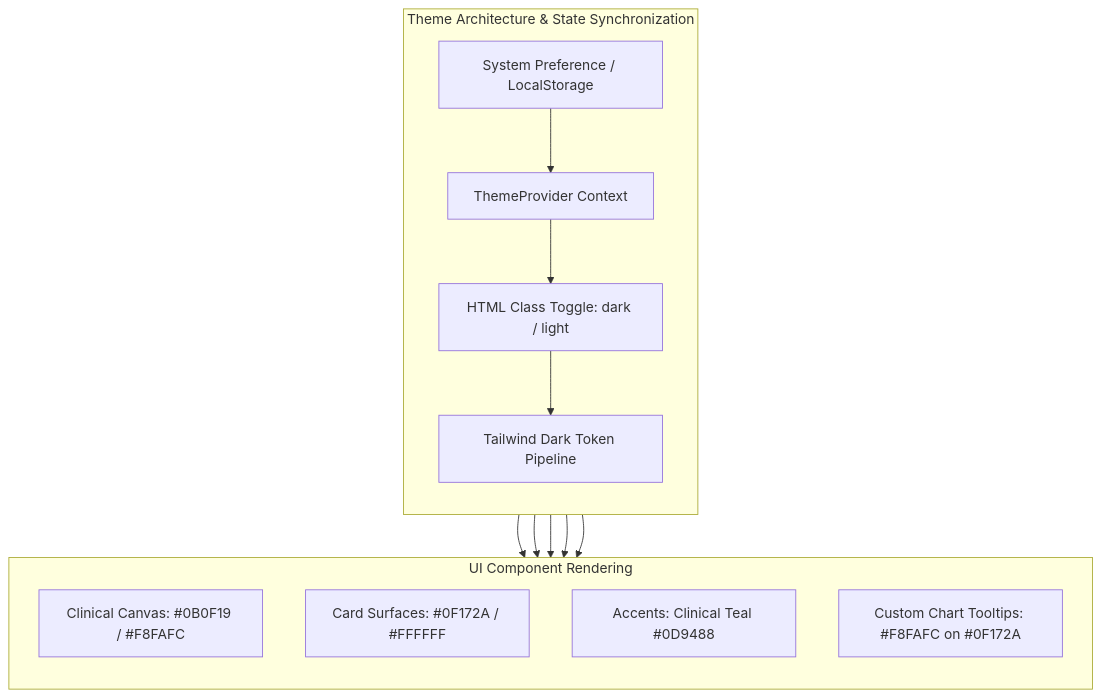
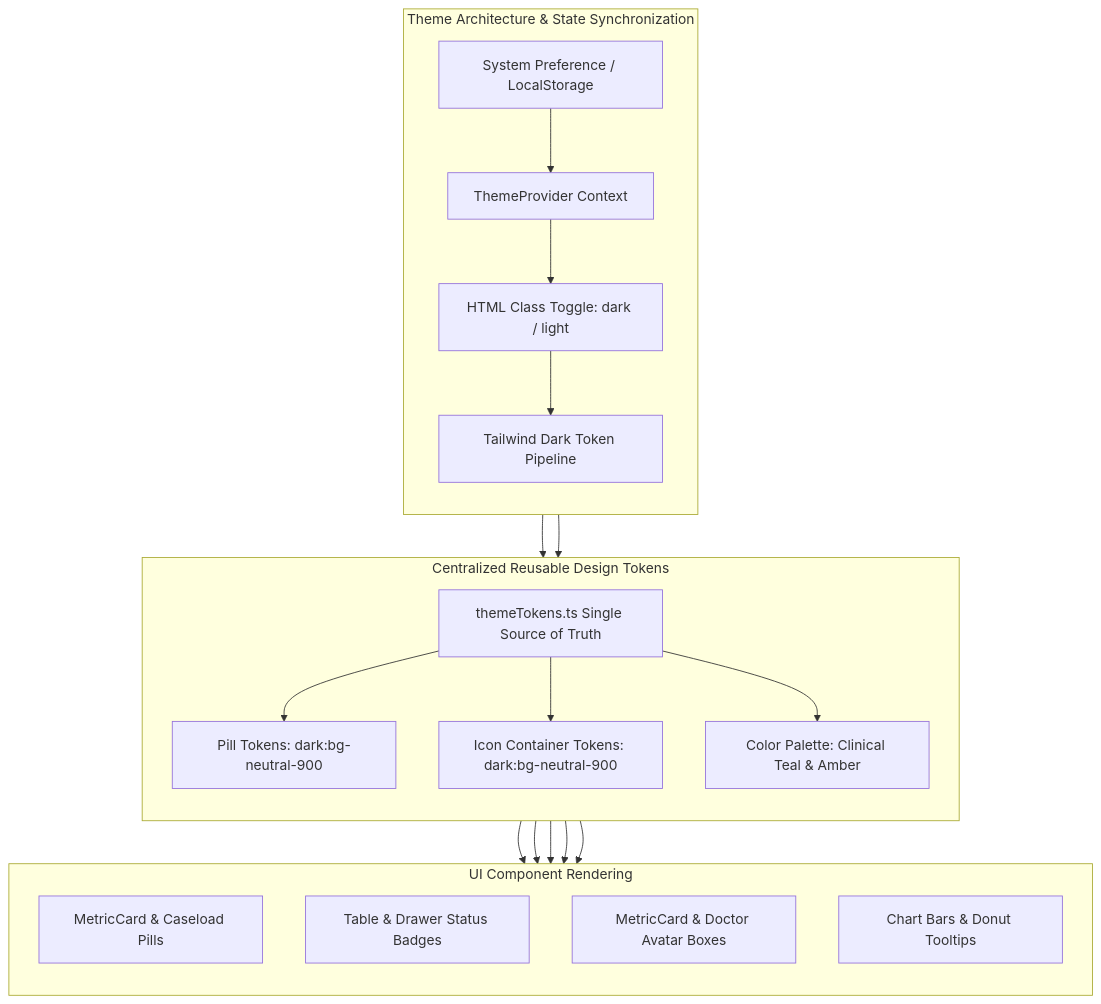
The diagram in docs/DECISIONS/0004-dark-theme-and-accessible-ui-state-architecture.md (zihaduzzamaan/doctor-tracker), drawn with Mermaid before and after one commit. The commit also changed other lines of this file and 12 other files, not shown here.

Commit message:
feat(client): centralize design tokens and implement dark neutral pills and icons

````diff
--- a/docs/DECISIONS/0004-dark-theme-and-accessible-ui-state-architecture.md
+++ b/docs/DECISIONS/0004-dark-theme-and-accessible-ui-state-architecture.md
@@ -66,19 +71,28 @@
 ```mermaid
 flowchart TD
   subgraph Theme_Lifecycle["Theme Architecture & State Synchronization"]
     direction TB
     A["System Preference / LocalStorage"] --> B["ThemeProvider Context"]
     B --> C["HTML Class Toggle: dark / light"]
     C --> D["Tailwind Dark Token Pipeline"]
   end
 
+  subgraph Token_System["Centralized Reusable Design Tokens"]
+    direction TB
+    D --> E["themeTokens.ts Single Source of Truth"]
+    E --> F["Pill Tokens: dark:bg-neutral-900"]
+    E --> G["Icon Container Tokens: dark:bg-neutral-900"]
+    E --> H["Color Palette: Clinical Teal & Amber"]
+  end
+
   subgraph Component_Cascade["UI Component Rendering"]
     direction TB
-    D --> E["Clinical Canvas: #0B0F19 / #F8FAFC"]
-    D --> F["Card Surfaces: #0F172A / #FFFFFF"]
-    D --> G["Accents: Clinical Teal #0D9488"]
-    D --> H["Custom Chart Tooltips: #F8FAFC on #0F172A"]
+    F --> I["MetricCard & Caseload Pills"]
+    F --> J["Table & Drawer Status Badges"]
+    G --> K["MetricCard & Doctor Avatar Boxes"]
+    H --> L["Chart Bars & Donut Tooltips"]
   end
 
-  Theme_Lifecycle --> Component_Cascade
+  Theme_Lifecycle --> Token_System
+  Token_System --> Component_Cascade
 ```
````
